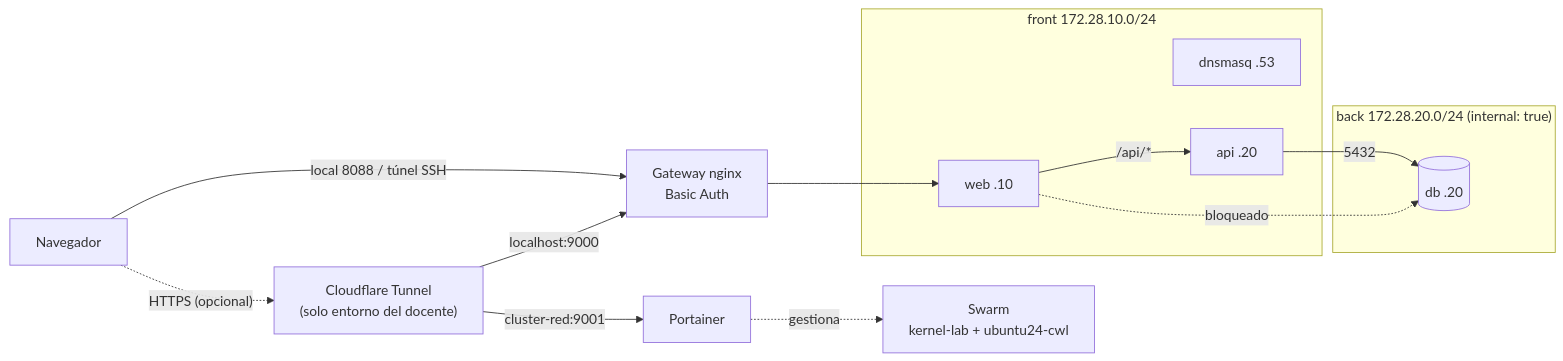
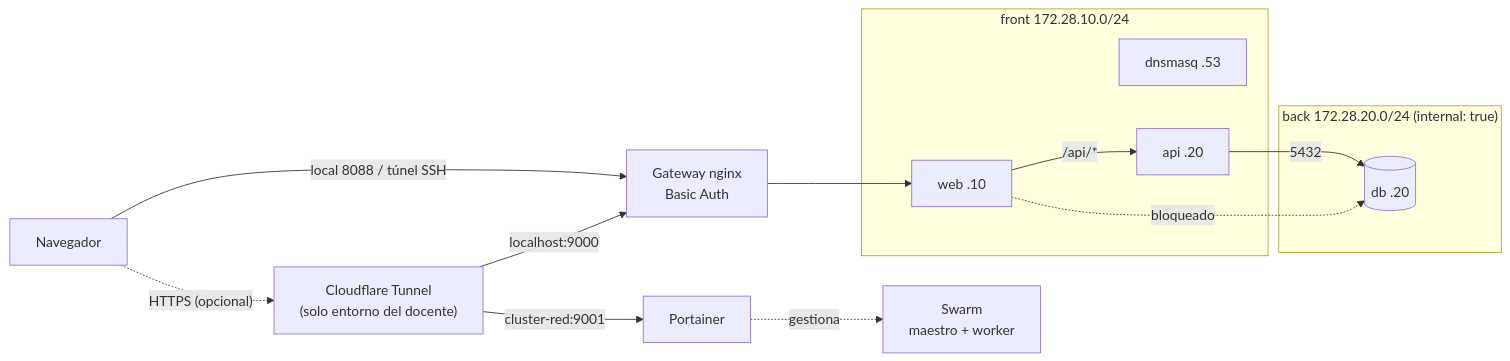
Before and after one commit to isaca0315/docker-cluster-redes: the diagram in README.md, drawn with Mermaid. The commit also changed other lines of this file and 49 other files, not shown here.

````diff
--- a/README.md
+++ b/README.md
@@ -203,20 +122,20 @@
 ```mermaid
 flowchart LR
     U[Navegador] -->|"local 8088 / túnel SSH"| GW["Gateway nginx<br/>Basic Auth"]
     U -.->|"HTTPS (opcional)"| CF["Cloudflare Tunnel<br/>(solo entorno del docente)"]
     CF -->|localhost:9000| GW
     CF -->|cluster-red:9001| PT[Portainer]
     GW --> W[web .10]
     subgraph FRONT["front 172.28.10.0/24"]
         DNS[dnsmasq .53]
         W
         A[api .20]
     end
     subgraph BACK["back 172.28.20.0/24 (internal: true)"]
         DB[(db .20)]
     end
     W -->|"/api/*"| A
     A -->|"5432"| DB
     W -. "bloqueado" .-> DB
-    PT -. "gestiona" .-> SW["Swarm<br/>kernel-lab + ubuntu24-cwl"]
+    PT -. "gestiona" .-> SW["Swarm<br/>maestro + worker"]
 ```
````
